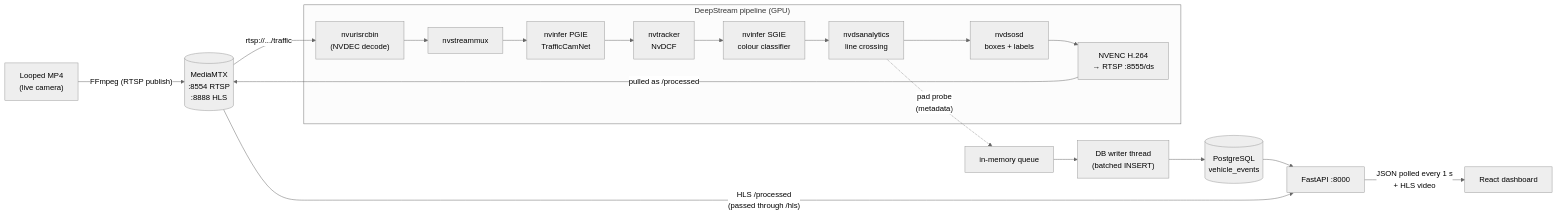
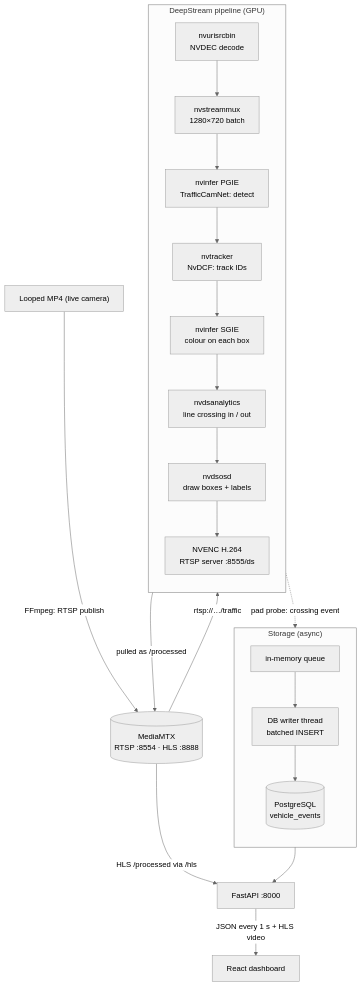
The diagram in README.md (tejasprof84/vehicle_analytics_v1), drawn with Mermaid (neutral theme) before and after one commit.

Commit message:
README: vertical architecture diagram

````diff
--- a/README.md
+++ b/README.md
@@ -43,23 +43,29 @@
 ```mermaid
-flowchart LR
-    CAM["Looped MP4\n(live camera)"] -- "FFmpeg (RTSP publish)" --> MTX[("MediaMTX\n:8554 RTSP\n:8888 HLS")]
-    MTX -- "rtsp://.../traffic" --> SRC
+flowchart TD
+    CAM["Looped MP4 (live camera)"] -- "FFmpeg: RTSP publish" --> MTX[("MediaMTX<br/>RTSP :8554 · HLS :8888")]
+    MTX -- "rtsp://…/traffic" --> SRC
 
     subgraph DS["DeepStream pipeline (GPU)"]
-        SRC["nvurisrcbin\n(NVDEC decode)"] --> MUX["nvstreammux"]
-        MUX --> PGIE["nvinfer PGIE\nTrafficCamNet"]
-        PGIE --> TRK["nvtracker\nNvDCF"]
-        TRK --> SGIE["nvinfer SGIE\ncolour classifier"]
-        SGIE --> ANA["nvdsanalytics\nline crossing"]
-        ANA --> OSD["nvdsosd\nboxes + labels"]
-        OSD --> ENC["NVENC H.264\n→ RTSP :8555/ds"]
+        direction TB
+        SRC["nvurisrcbin<br/>NVDEC decode"] --> MUX["nvstreammux<br/>1280×720 batch"]
+        MUX --> PGIE["nvinfer PGIE<br/>TrafficCamNet: detect"]
+        PGIE --> TRK["nvtracker<br/>NvDCF: track IDs"]
+        TRK --> SGIE["nvinfer SGIE<br/>colour on each box"]
+        SGIE --> ANA["nvdsanalytics<br/>line crossing in / out"]
+        ANA --> OSD["nvdsosd<br/>draw boxes + labels"]
+        OSD --> ENC["NVENC H.264<br/>RTSP server :8555/ds"]
     end
 
-    ANA -. "pad probe\n(metadata)" .-> Q["in-memory queue"]
-    Q --> W["DB writer thread\n(batched INSERT)"]
-    W --> PG[("PostgreSQL\nvehicle_events")]
+    subgraph STORE["Storage (async)"]
+        direction TB
+        Q["in-memory queue"] --> W["DB writer thread<br/>batched INSERT"]
+        W --> PG[("PostgreSQL<br/>vehicle_events")]
+    end
+
+    ANA -. "pad probe: crossing event" .-> Q
     ENC -- "pulled as /processed" --> MTX
+
     PG --> API["FastAPI :8000"]
-    MTX -- "HLS /processed\n(passed through /hls)" --> API
-    API -- "JSON polled every 1 s\n+ HLS video" --> UI["React dashboard"]
+    MTX -- "HLS /processed via /hls" --> API
+    API -- "JSON every 1 s + HLS video" --> UI["React dashboard"]
 ```
````
